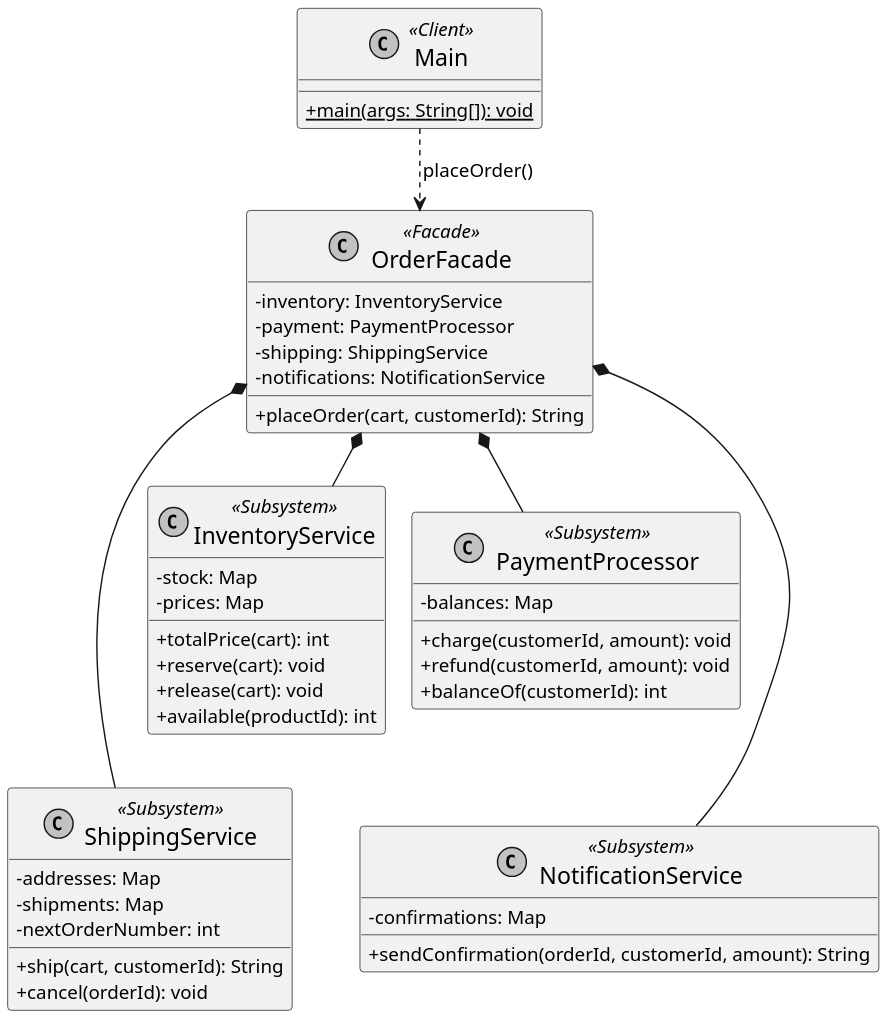
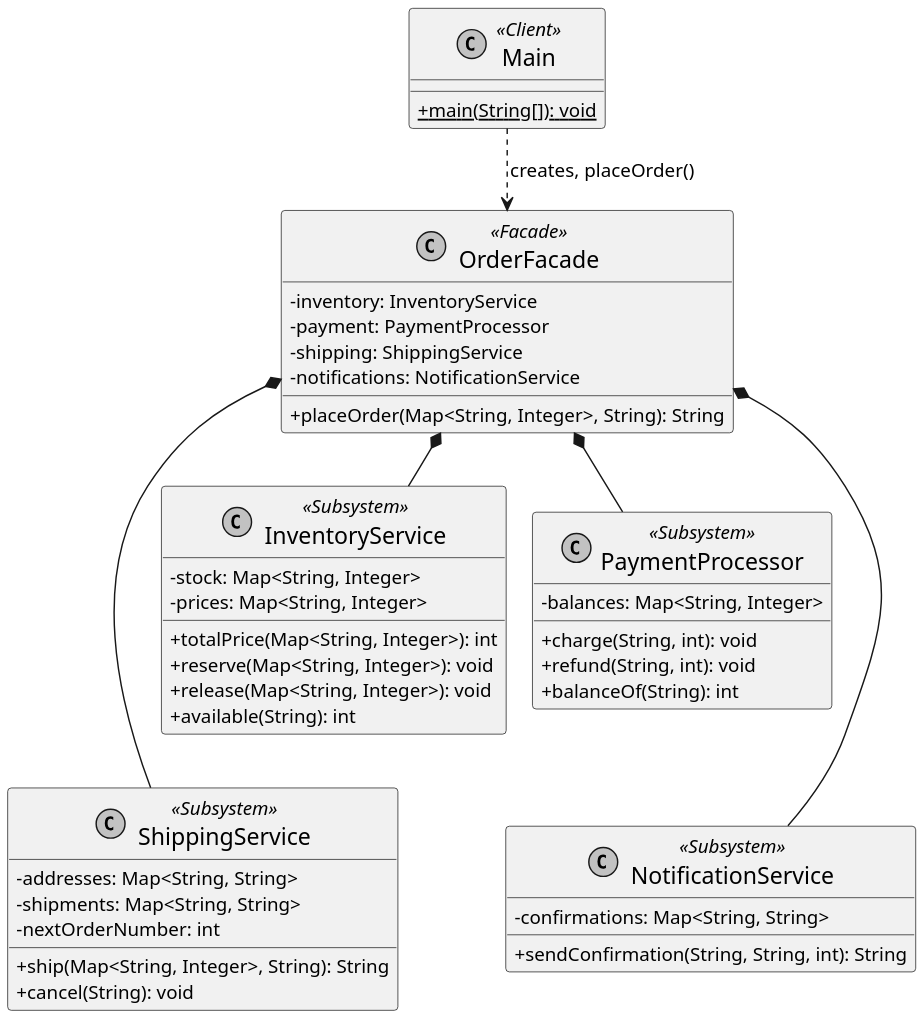
The diagram in uml/facade.puml (Mikosh001/Assignment_4_Facade_Pattern), drawn with PlantUML before and after one commit. The commit also changed 3 other files, not shown here.

Commit message:
Clarify UML type signatures and rollback documentation

```diff
--- a/uml/facade.puml
+++ b/uml/facade.puml
@@ -1,63 +1,63 @@
 @startuml
 !pragma layout smetana
 skinparam dpi 180
 skinparam defaultFontName Arial
 skinparam defaultFontSize 13
 skinparam classFontSize 16
 skinparam classAttributeIconSize 0
 skinparam shadowing false
 skinparam monochrome true
 skinparam nodesep 28
 skinparam ranksep 35
 top to bottom direction
 
 class Main <<Client>> {
-  {static} +main(args: String[]): void
+  {static} +main(String[]): void
 }
 
 class OrderFacade <<Facade>> {
   -inventory: InventoryService
   -payment: PaymentProcessor
   -shipping: ShippingService
   -notifications: NotificationService
-  +placeOrder(cart, customerId): String
+  +placeOrder(Map<String, Integer>, String): String
 }
 
 class InventoryService <<Subsystem>> {
-  -stock: Map
-  -prices: Map
-  +totalPrice(cart): int
-  +reserve(cart): void
-  +release(cart): void
-  +available(productId): int
+  -stock: Map<String, Integer>
+  -prices: Map<String, Integer>
+  +totalPrice(Map<String, Integer>): int
+  +reserve(Map<String, Integer>): void
+  +release(Map<String, Integer>): void
+  +available(String): int
 }
 
 class PaymentProcessor <<Subsystem>> {
-  -balances: Map
-  +charge(customerId, amount): void
-  +refund(customerId, amount): void
-  +balanceOf(customerId): int
+  -balances: Map<String, Integer>
+  +charge(String, int): void
+  +refund(String, int): void
+  +balanceOf(String): int
 }
 
 class ShippingService <<Subsystem>> {
-  -addresses: Map
-  -shipments: Map
+  -addresses: Map<String, String>
+  -shipments: Map<String, String>
   -nextOrderNumber: int
-  +ship(cart, customerId): String
-  +cancel(orderId): void
+  +ship(Map<String, Integer>, String): String
+  +cancel(String): void
 }
 
 class NotificationService <<Subsystem>> {
-  -confirmations: Map
-  +sendConfirmation(orderId, customerId, amount): String
+  -confirmations: Map<String, String>
+  +sendConfirmation(String, String, int): String
 }
 
-Main ..> OrderFacade : placeOrder()
+Main ..> OrderFacade : creates, placeOrder()
 OrderFacade *-- InventoryService
 OrderFacade *-- PaymentProcessor
 OrderFacade *-- ShippingService
 OrderFacade *-- NotificationService
 InventoryService -[hidden]right- PaymentProcessor
 InventoryService -[hidden]down- ShippingService
 PaymentProcessor -[hidden]down- NotificationService
 @enduml
```
